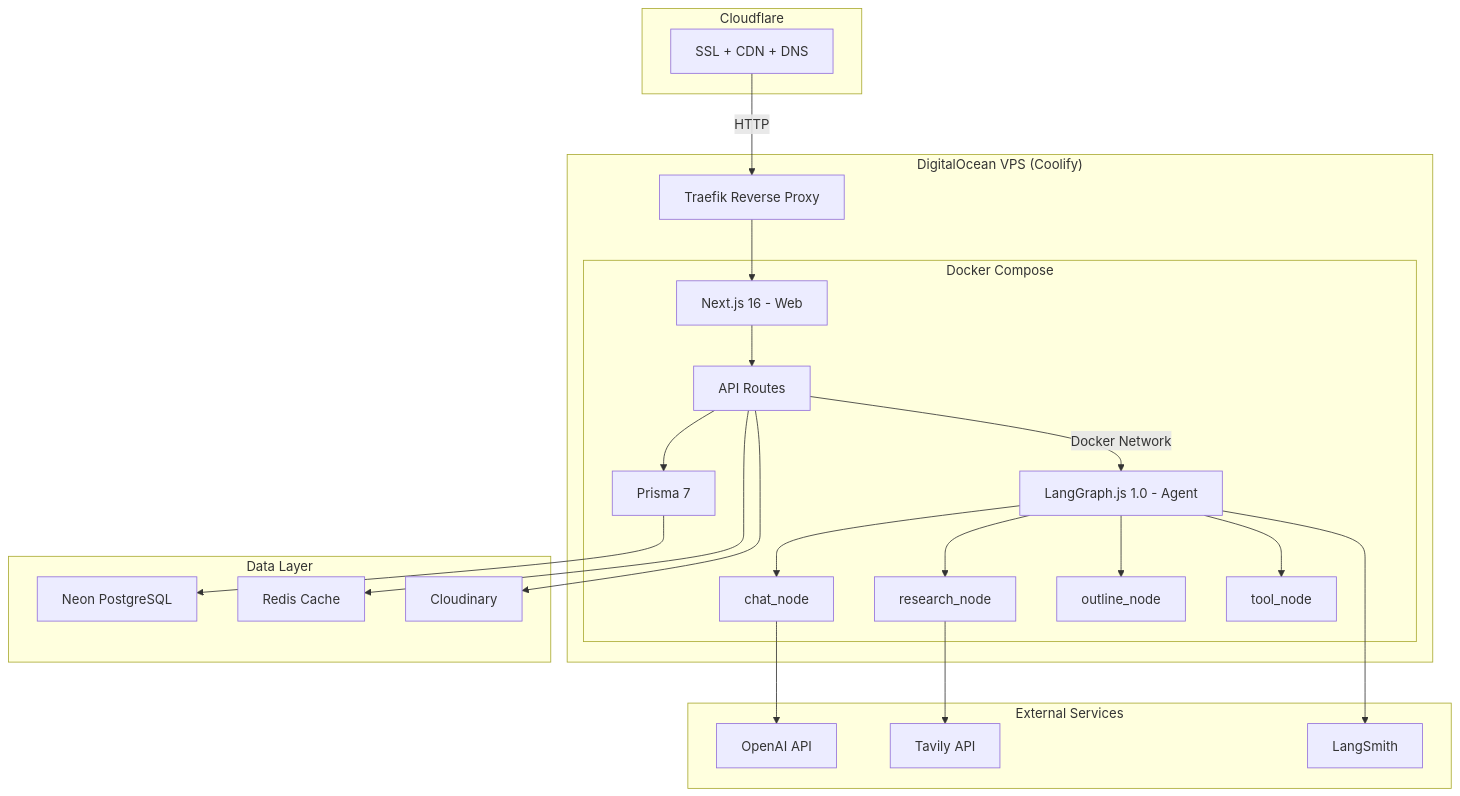
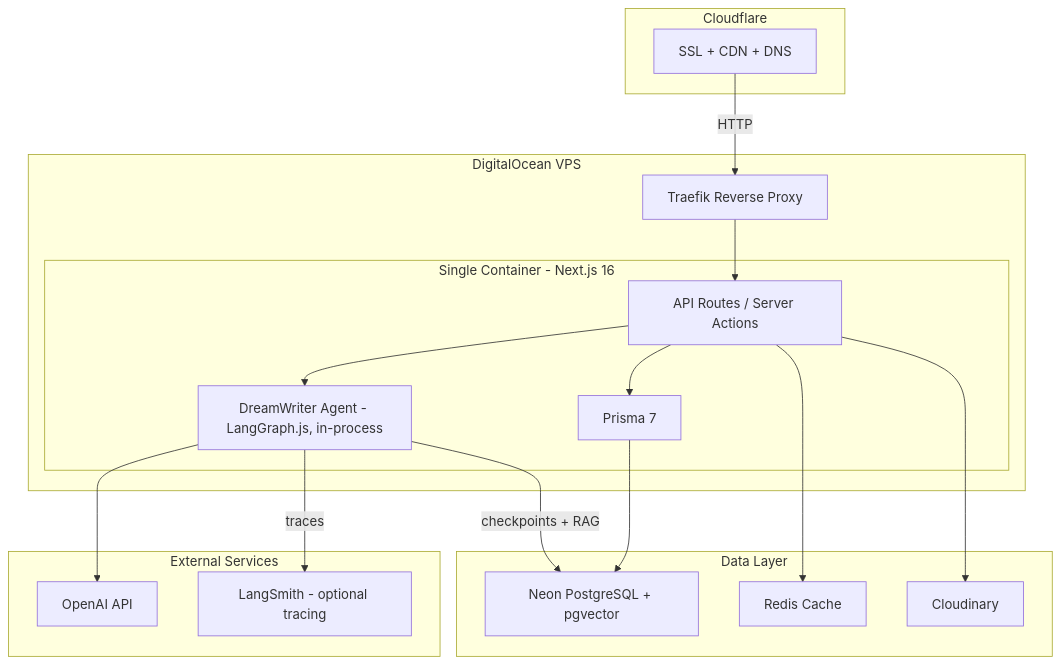
The second of 4 diagrams in README.md (ChanMeng666/fanfic-lab), drawn with Mermaid before and after one commit. The commit also changed other lines of this file and 6 other files, not shown here.

First line of the commit message:
docs: sync documentation to current architecture; add agent-first docs

````diff
--- a/README.md
+++ b/README.md
@@ -316,40 +312,37 @@
 ```mermaid
 graph TB
     subgraph "Cloudflare"
         CF[SSL + CDN + DNS]
     end
 
-    subgraph "DigitalOcean VPS (Coolify)"
+    subgraph "DigitalOcean VPS"
         T[Traefik Reverse Proxy]
-        subgraph "Docker Compose"
-            A[Next.js 16 - Web] --> D[API Routes]
-            D --> E[Prisma 7]
-            F[LangGraph.js 1.0 - Agent] --> G[chat_node]
-            F --> H[research_node]
-            F --> I[outline_node]
-            F --> J[tool_node]
+        subgraph "Single Container - Next.js 16"
+            D[API Routes / Server Actions]
+            F[DreamWriter Agent - LangGraph.js, in-process]
+            E[Prisma 7]
+            D --> F
+            D --> E
         end
     end
 
     subgraph "External Services"
         K[OpenAI API]
-        L[Tavily API]
-        M[LangSmith]
+        M[LangSmith - optional tracing]
     end
 
     subgraph "Data Layer"
-        N[Neon PostgreSQL]
+        N[Neon PostgreSQL + pgvector]
         O[Redis Cache]
         P[Cloudinary]
     end
 
     CF -->|HTTP| T
-    T --> A
-    D -->|Docker Network| F
-    G --> K
-    H --> L
-    F --> M
+    T --> D
+    F --> K
+    F -->|traces| M
+    F -->|checkpoints + RAG| N
     E --> N
     D --> O
     D --> P
 ```
````
